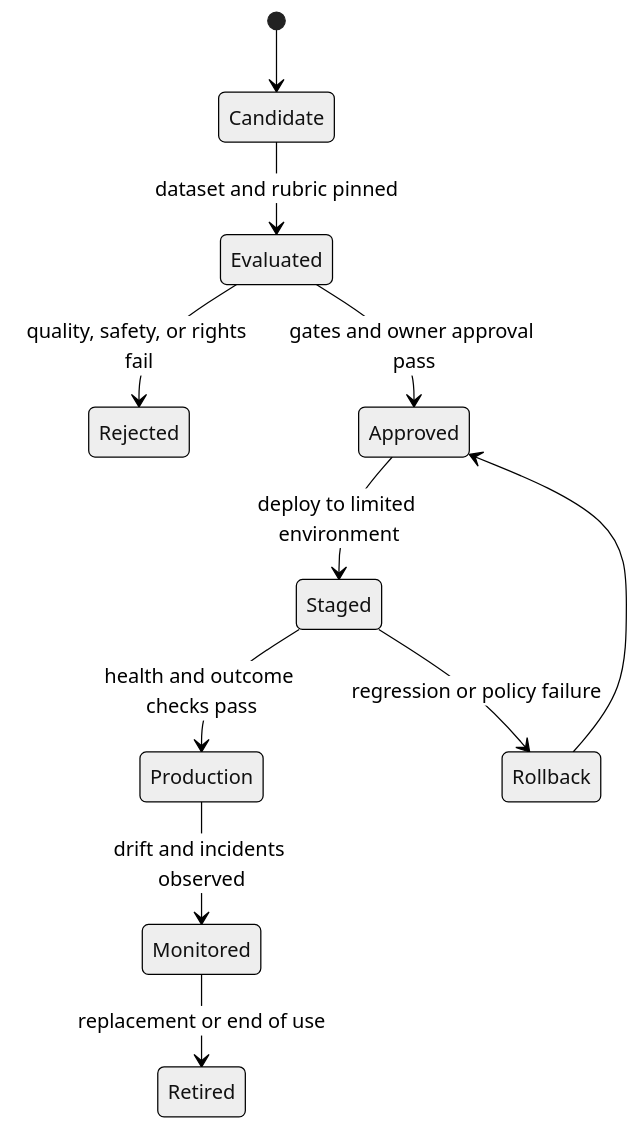
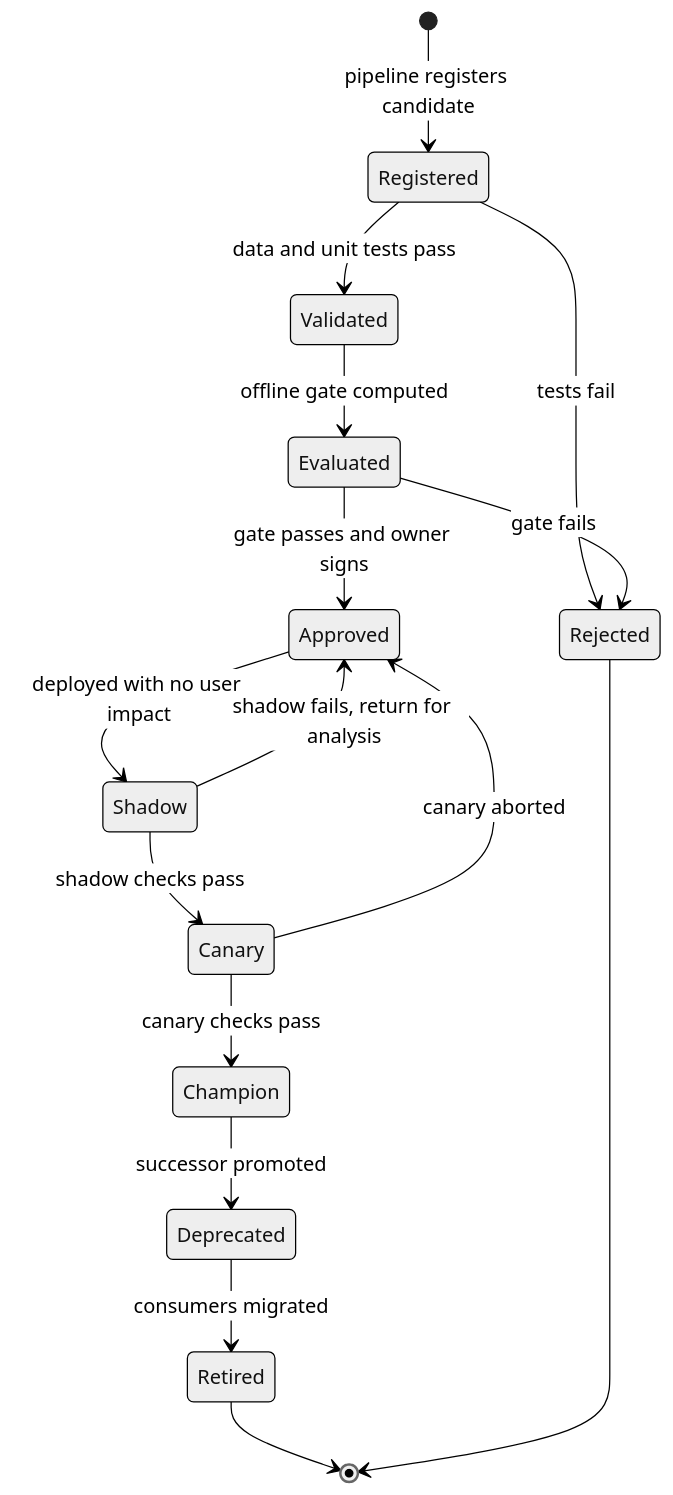
Before and after one commit to joydasss/Architect: the fifth of 19 diagrams in 16_AI_and_GenAI/CH29_MLOps_and_LLMOps.md, drawn with Mermaid (neutral theme). The commit also changed other lines of this file and 295 other files, not shown here.

````diff
--- a/16_AI_and_GenAI/CH29_MLOps_and_LLMOps.md
+++ b/16_AI_and_GenAI/CH29_MLOps_and_LLMOps.md
@@ -33,13 +539,18 @@
 ```mermaid
 stateDiagram-v2
-    [*] --> Candidate
-    Candidate --> Evaluated: dataset and rubric pinned
-    Evaluated --> Rejected: quality, safety, or rights fail
-    Evaluated --> Approved: gates and owner approval pass
-    Approved --> Staged: deploy to limited environment
-    Staged --> Production: health and outcome checks pass
-    Staged --> Rollback: regression or policy failure
-    Production --> Monitored: drift and incidents observed
-    Monitored --> Retired: replacement or end of use
-    Rollback --> Approved
+    [*] --> Registered: pipeline registers candidate
+    Registered --> Validated: data and unit tests pass
+    Registered --> Rejected: tests fail
+    Validated --> Evaluated: offline gate computed
+    Evaluated --> Rejected: gate fails
+    Evaluated --> Approved: gate passes and owner signs
+    Approved --> Shadow: deployed with no user impact
+    Shadow --> Canary: shadow checks pass
+    Shadow --> Approved: shadow fails, return for analysis
+    Canary --> Champion: canary checks pass
+    Canary --> Approved: canary aborted
+    Champion --> Deprecated: successor promoted
+    Deprecated --> Retired: consumers migrated
+    Retired --> [*]
+    Rejected --> [*]
 ```
````
